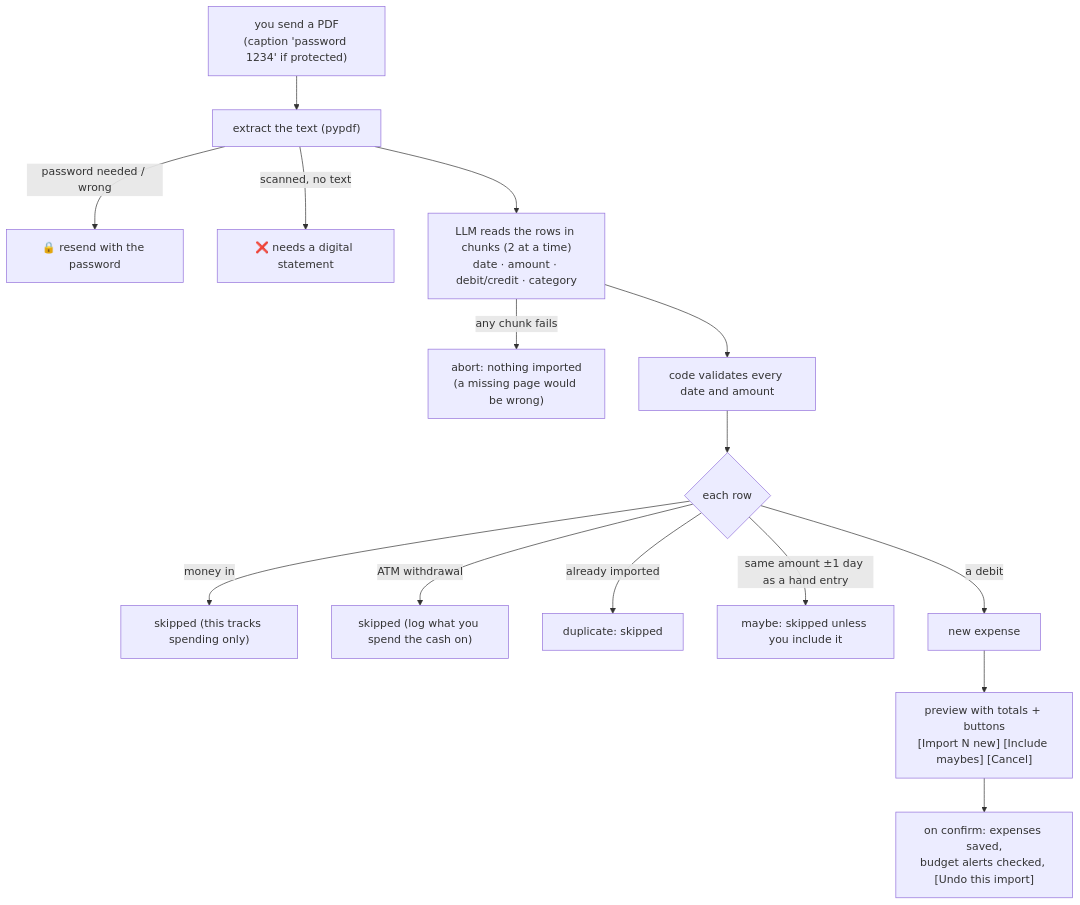
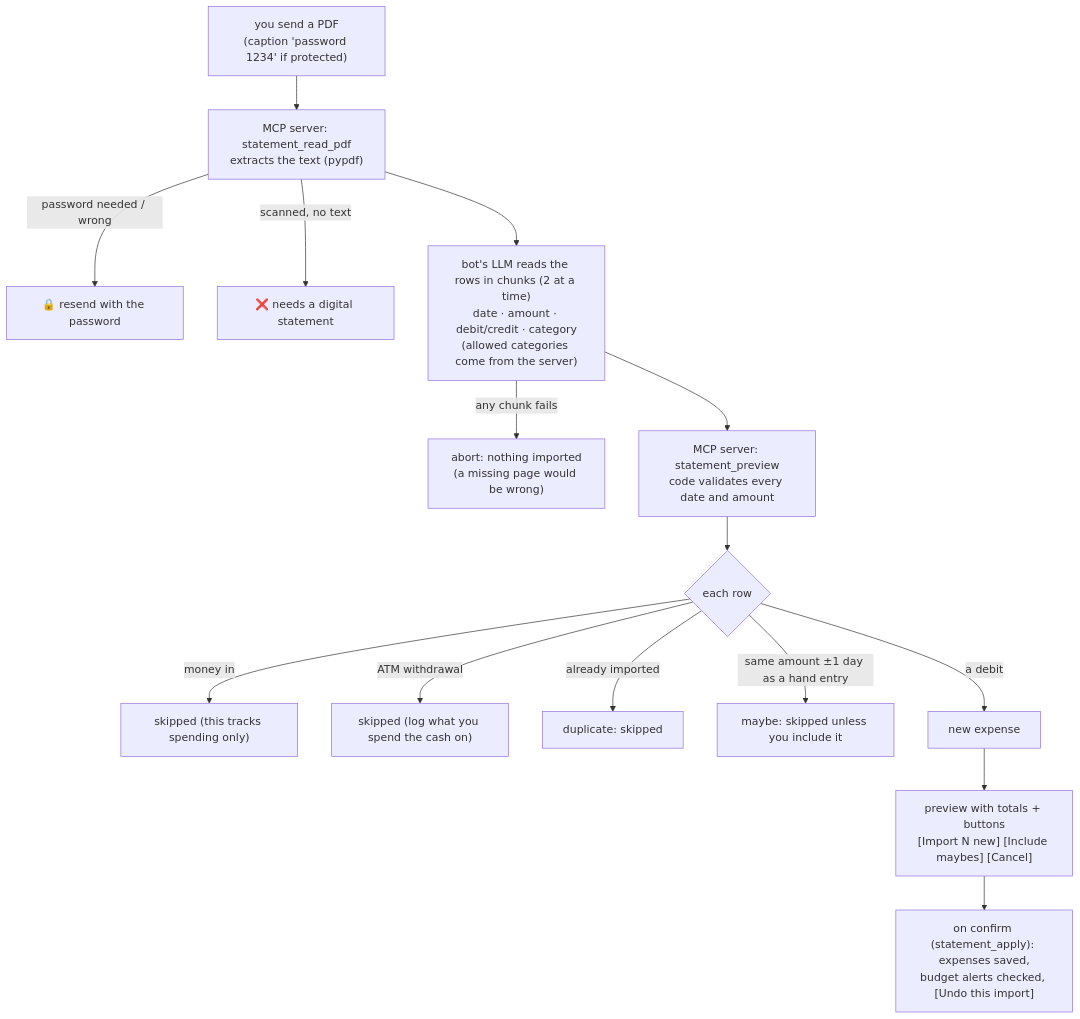
The eighth of 12 diagrams in docs/FLOWS.md (yeturu-surya-fission/Expense_Tracker), drawn with Mermaid before and after one commit. The commit also changed other lines of this file and 132 other files, not shown here.

````diff
--- a/docs/FLOWS.md
+++ b/docs/FLOWS.md
@@ -225,17 +246,17 @@
 ```mermaid
 flowchart TD
-    P["you send a PDF<br/>(caption 'password 1234' if protected)"] --> T["extract the text (pypdf)"]
+    P["you send a PDF<br/>(caption 'password 1234' if protected)"] --> T["MCP server: statement_read_pdf<br/>extracts the text (pypdf)"]
     T -->|"password needed / wrong"| PW["🔒 resend with the password"]
     T -->|"scanned, no text"| SC["❌ needs a digital statement"]
-    T --> LLM["LLM reads the rows in chunks (2 at a time)<br/>date · amount · debit/credit · category"]
+    T --> LLM["bot's LLM reads the rows in chunks (2 at a time)<br/>date · amount · debit/credit · category<br/>(allowed categories come from the server)"]
     LLM -->|"any chunk fails"| FAIL["abort: nothing imported<br/>(a missing page would be wrong)"]
-    LLM --> V["code validates every date and amount"]
+    LLM --> V["MCP server: statement_preview<br/>code validates every date and amount"]
     V --> CL{"each row"}
     CL -->|"money in"| S1["skipped (this tracks spending only)"]
     CL -->|"ATM withdrawal"| S2["skipped (log what you spend the cash on)"]
     CL -->|"already imported"| S3["duplicate: skipped"]
     CL -->|"same amount ±1 day as a hand entry"| S4["maybe: skipped unless you include it"]
     CL -->|"a debit"| NEW["new expense"]
     NEW --> PREV["preview with totals + buttons<br/>[Import N new] [Include maybes] [Cancel]"]
-    PREV --> APPLY["on confirm: expenses saved,<br/>budget alerts checked, [Undo this import]"]
+    PREV --> APPLY["on confirm (statement_apply): expenses saved,<br/>budget alerts checked, [Undo this import]"]
 ```
````
